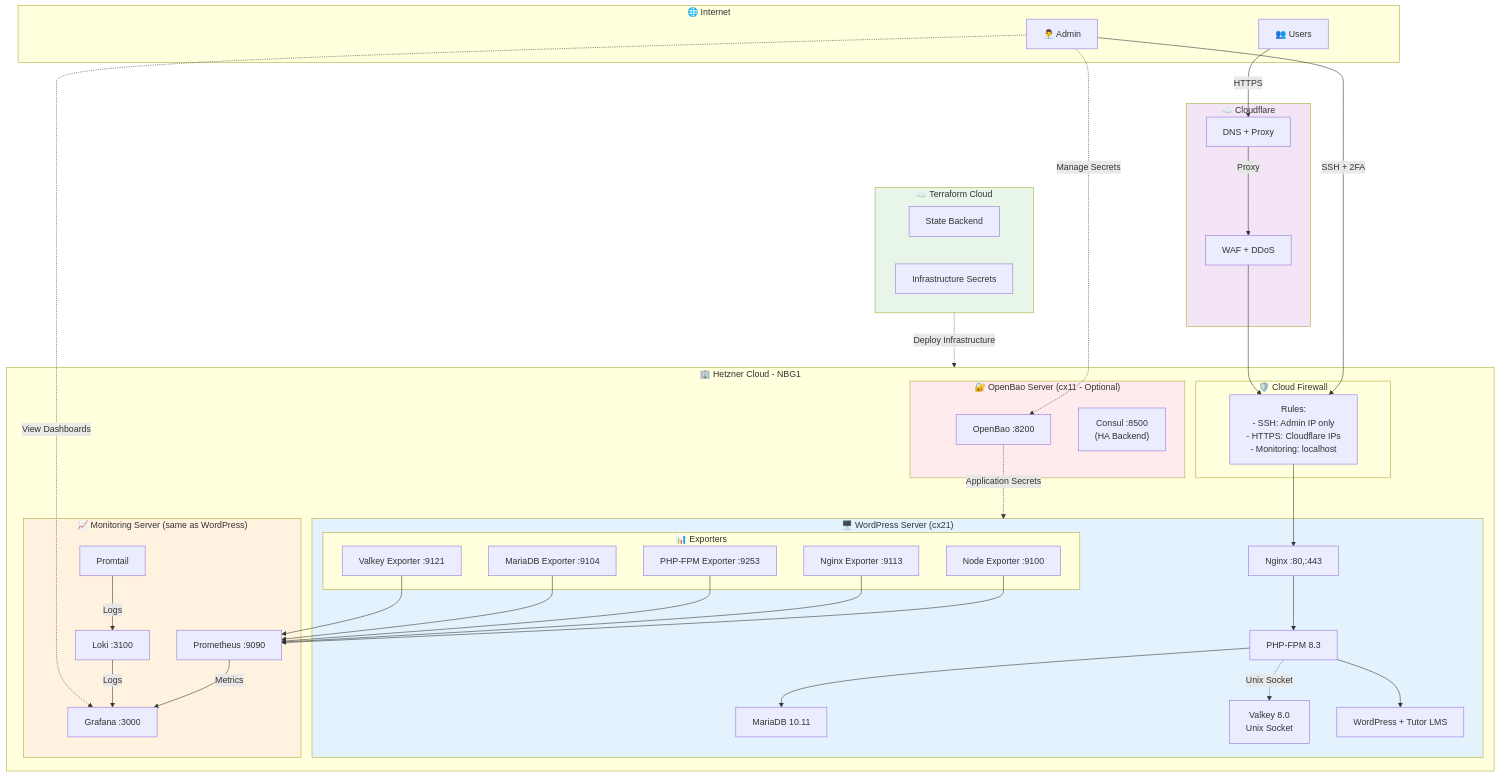
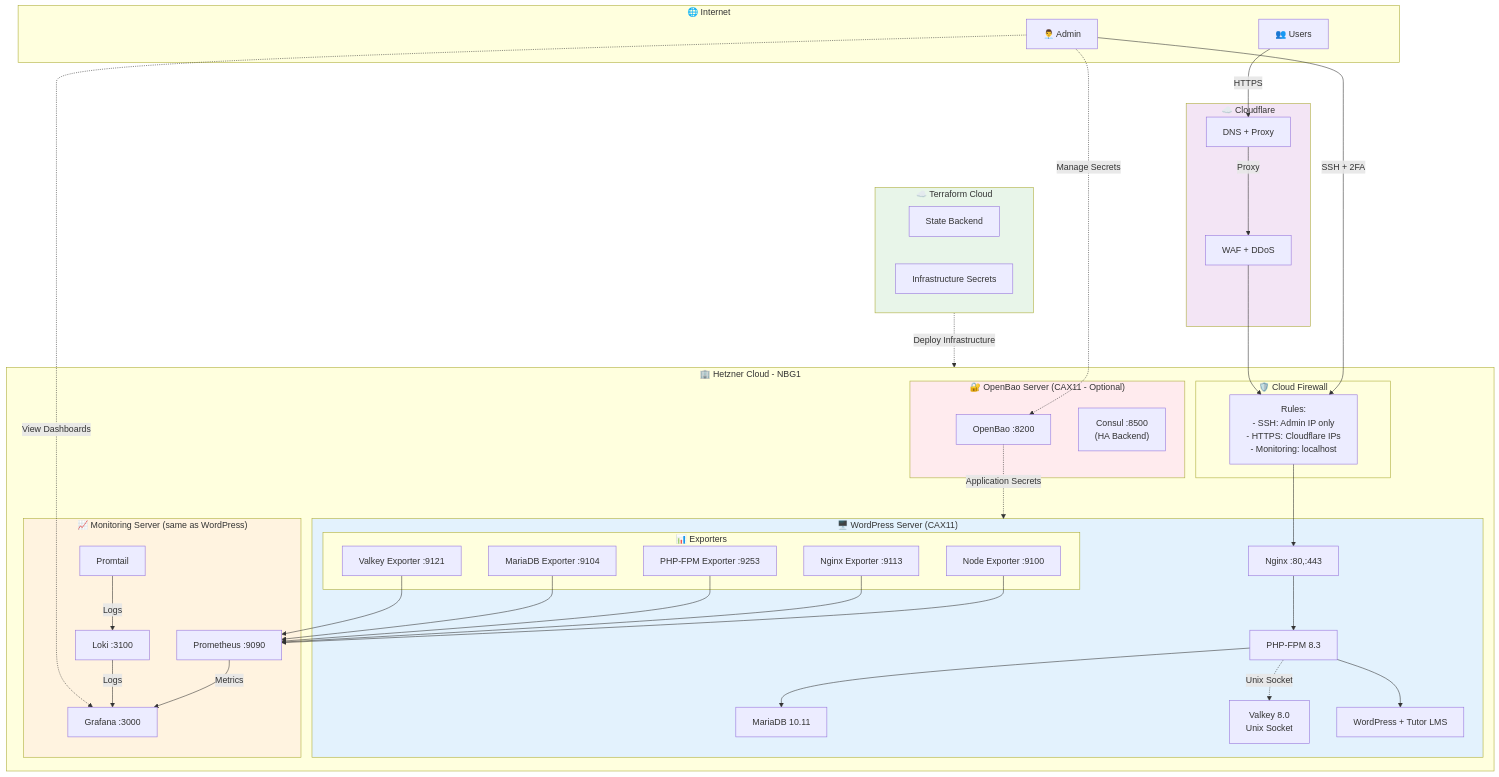
Before and after one commit to malpanez/hetzner-secure-infrastructure: the diagram in docs/infrastructure/ARCHITECTURE_SUMMARY.md, drawn with Mermaid. The commit also changed other lines of this file and 38 other files, not shown here.

```diff
--- a/docs/infrastructure/ARCHITECTURE_SUMMARY.md
+++ b/docs/infrastructure/ARCHITECTURE_SUMMARY.md
@@ -78,7 +78,7 @@
             fw_rules["Rules:<br/>- SSH: Admin IP only<br/>- HTTPS: Cloudflare IPs<br/>- Monitoring: localhost"]
         end
 
-        subgraph wordpress_server["🖥️ WordPress Server (cx21)"]
+        subgraph wordpress_server["🖥️ WordPress Server (CAX11)"]
             nginx["Nginx :80,:443"]
             php["PHP-FPM 8.3"]
             mariadb["MariaDB 10.11"]
@@ -101,7 +101,7 @@
             grafana["Grafana :3000"]
         end
 
-        subgraph openbao_server["🔐 OpenBao Server (cx11 - Optional)"]
+        subgraph openbao_server["🔐 OpenBao Server (CAX11 - Optional)"]
             openbao["OpenBao :8200"]
             consul["Consul :8500<br/>(HA Backend)"]
         end
```
